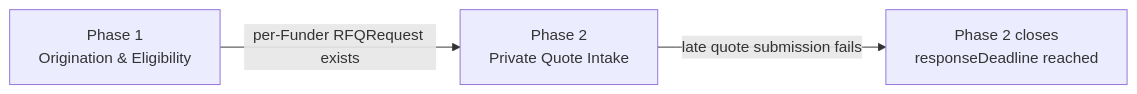
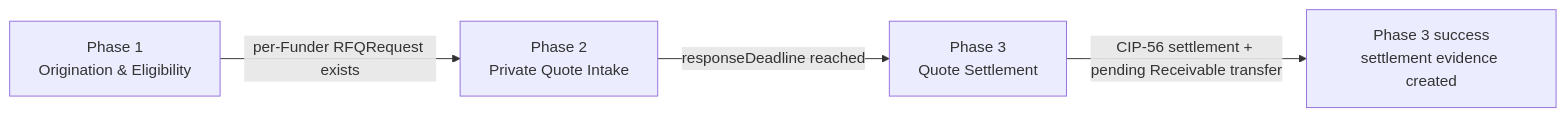
The first of 10 diagrams in docs/technical-design/005-workflow-diagrams.md (no-witness-labs/canton-hackathon-cloakRFQ), drawn with Mermaid before and after one commit. The commit also changed other lines of this file and 22 other files, not shown here.

First line of the commit message:
Finalize Phase 3 settlement happy path (#53)

````diff
--- a/docs/technical-design/005-workflow-diagrams.md
+++ b/docs/technical-design/005-workflow-diagrams.md
@@ -11,9 +11,11 @@
 ```mermaid
 flowchart LR
     P1["Phase 1<br/>Origination & Eligibility"]
     P2["Phase 2<br/>Private Quote Intake"]
-    End["Phase 2 closes<br/>responseDeadline reached"]
+    P3["Phase 3<br/>Quote Settlement"]
+    End["Phase 3 success<br/>settlement evidence created"]
 
     P1 -->|"per-Funder RFQRequest exists"| P2
-    P2 -->|"late quote submission fails"| End
+    P2 -->|"responseDeadline reached"| P3
+    P3 -->|"CIP-56 settlement + pending Receivable transfer"| End
 ```
````
